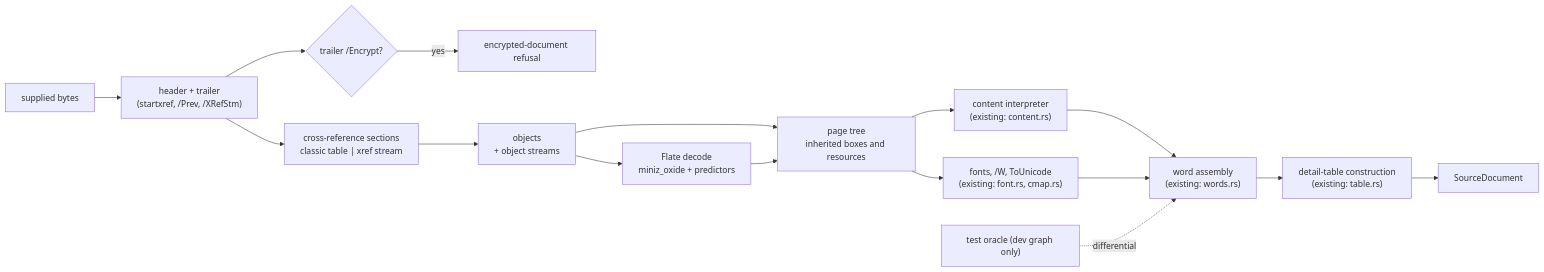
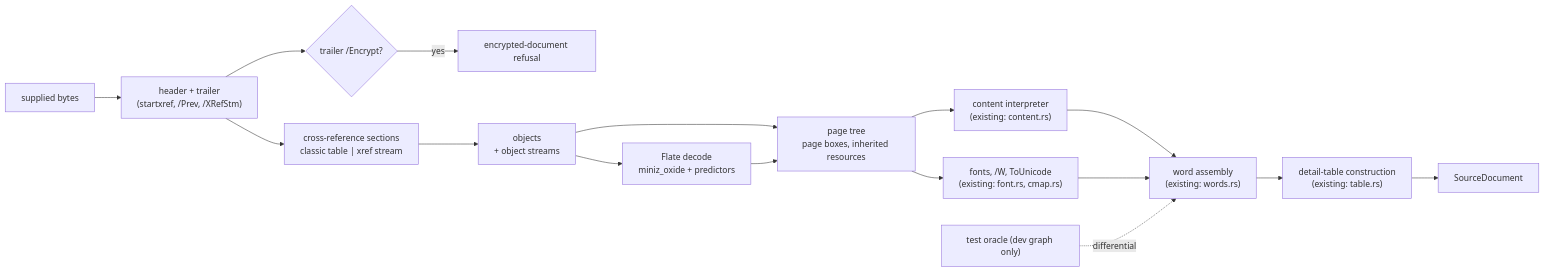
Before and after one commit to duty2cal/duty2cal: the diagram in givn/changes/own-the-pdf-file-structure/design.md, drawn with Mermaid. The commit also changed other lines of this file and 27 other files, not shown here.

````diff
--- a/givn/changes/own-the-pdf-file-structure/design.md
+++ b/givn/changes/own-the-pdf-file-structure/design.md
@@ -87,18 +87,18 @@
 ```mermaid
 flowchart LR
   B["supplied bytes"] --> H["header + trailer<br/>(startxref, /Prev, /XRefStm)"]
   H --> X["cross-reference sections<br/>classic table | xref stream"]
   H --> E{"trailer /Encrypt?"}
   E -- yes --> R1["encrypted-document refusal"]
   X --> O["objects<br/>+ object streams"]
-  O --> P["page tree<br/>inherited boxes and resources"]
+  O --> P["page tree<br/>page boxes, inherited resources"]
   O --> F["Flate decode<br/>miniz_oxide + predictors"]
   F --> P
   P --> C["content interpreter<br/>(existing: content.rs)"]
   P --> G["fonts, /W, ToUnicode<br/>(existing: font.rs, cmap.rs)"]
   C --> W["word assembly<br/>(existing: words.rs)"]
   G --> W
   W --> T["detail-table construction<br/>(existing: table.rs)"]
   T --> S["SourceDocument"]
   Q["test oracle (dev graph only)"] -. differential .-> W
 ```
````
